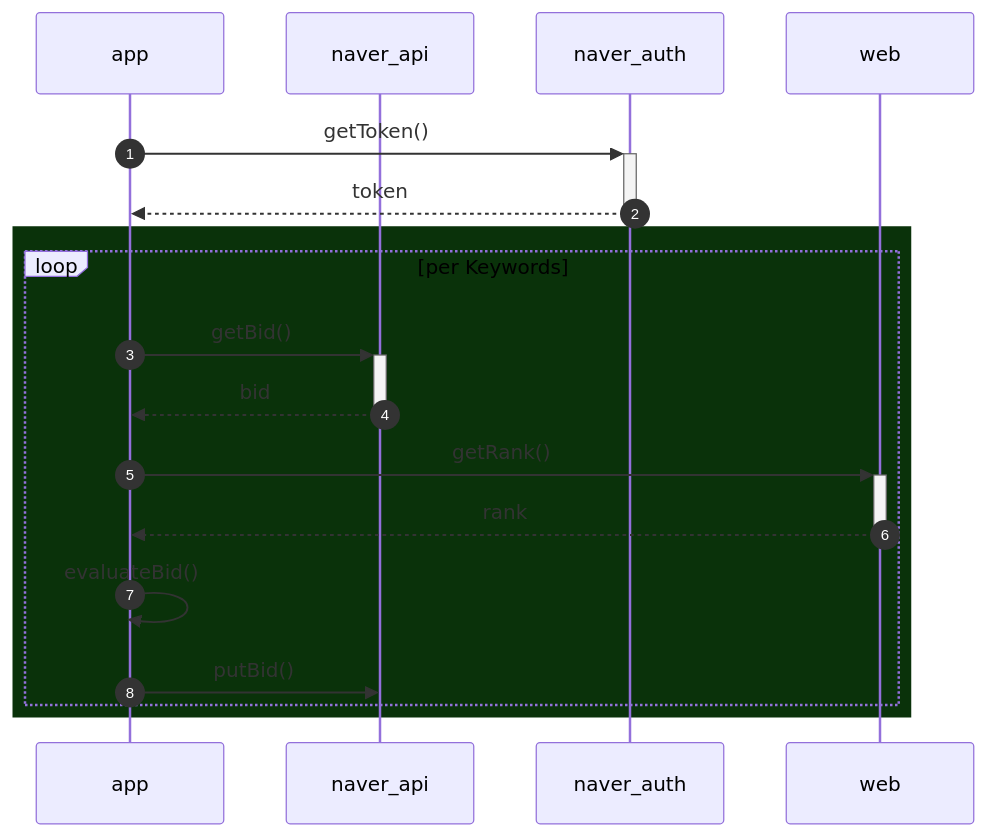
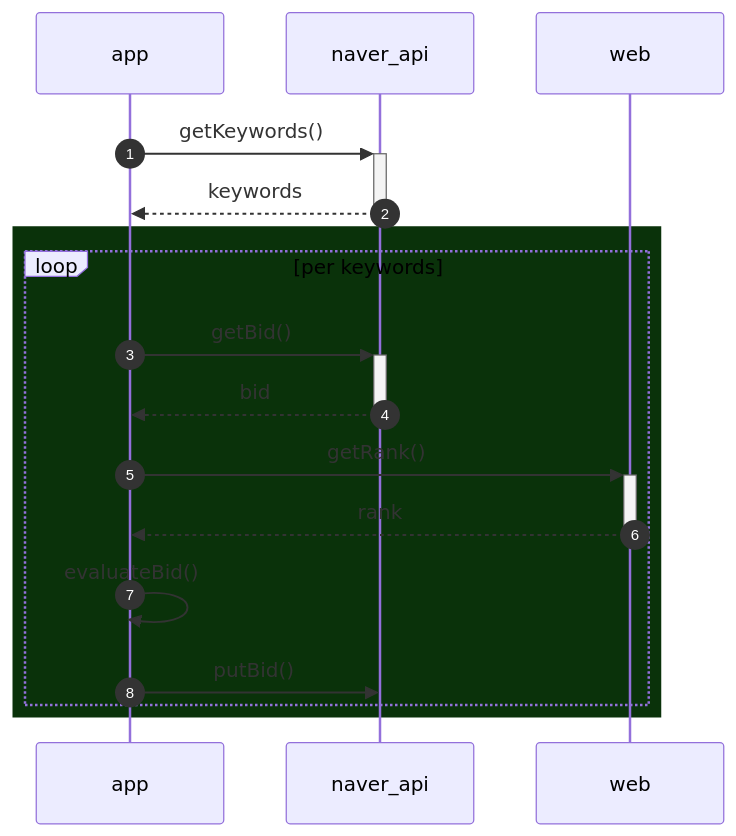
One commit to electronyoon/NaverAdAutoBiddingApp changed the diagram in README.md. Above: the diagram before and after it, drawn with Mermaid.

````diff
--- a/README.md
+++ b/README.md
@@ -3,22 +3,21 @@
 ```mermaid
 sequenceDiagram
 	participant app
 	participant naver_api
-	participant naver_auth
 	participant web
 	
 	autonumber
-	app->>+naver_auth: getToken()
-	naver_auth-->>-app: token
+	app->>+naver_api: getKeywords()
+	naver_api-->>-app: keywords
 
 	rect rgb(10, 50, 10)
-	loop per Keywords
+	loop per keywords
 	app->>+naver_api: getBid()
 	naver_api-->>-app: bid
 	app->>+web: getRank()
 	web-->>-app: rank
 	app->>app: evaluateBid()
 	app->>naver_api: putBid()
 	end
 	end
 ```
````
